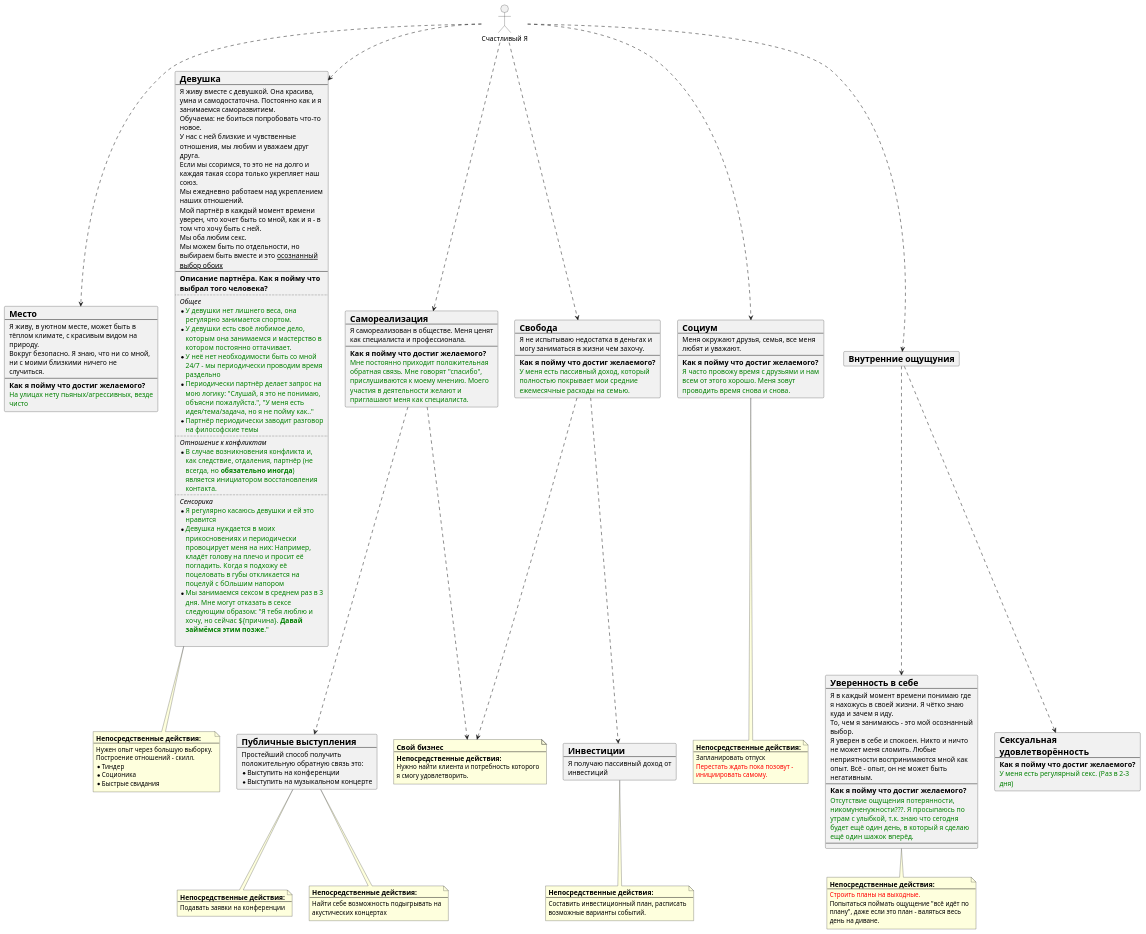
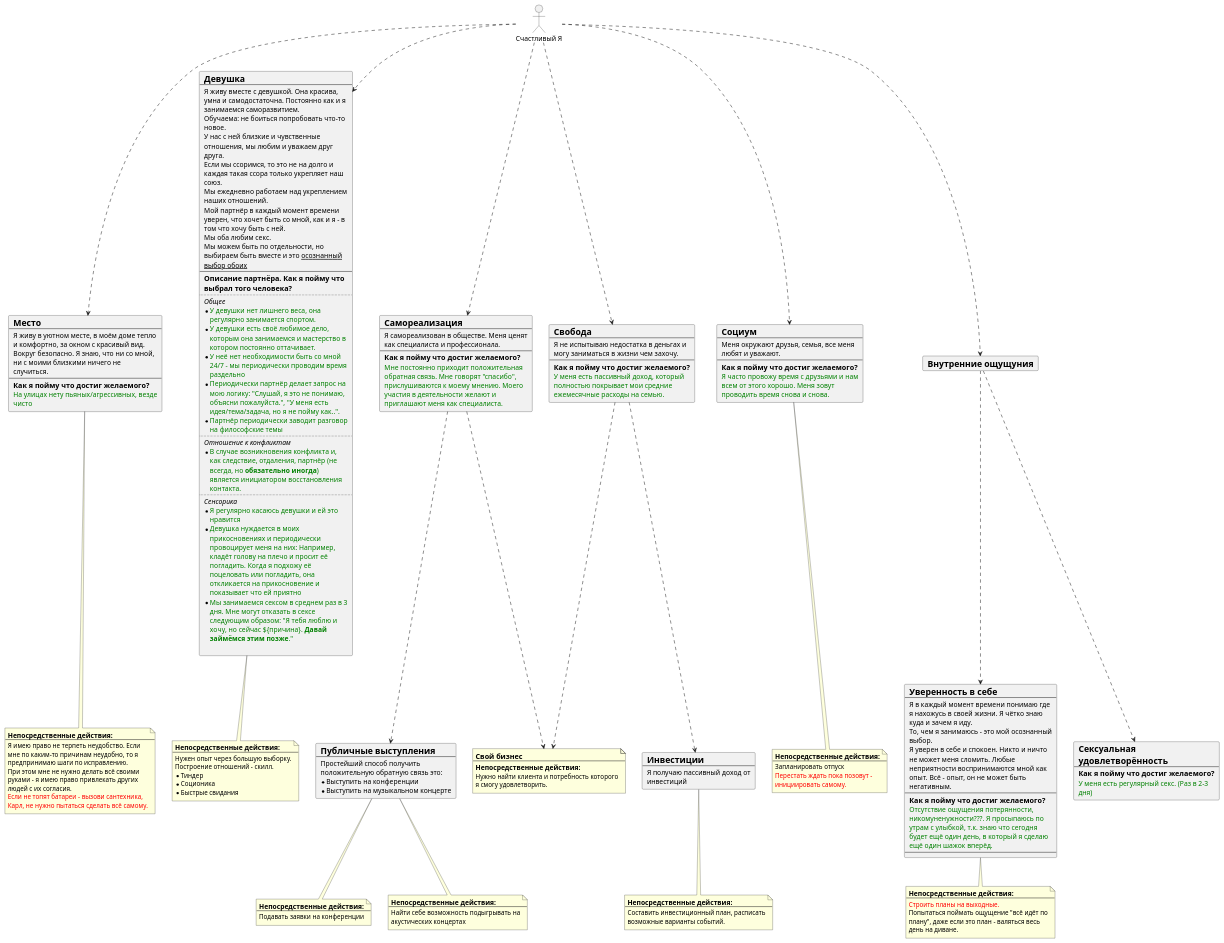
One commit to roasher/project-life changed the diagram in docs/life.puml. Above: the diagram before and after it, drawn with PlantUML. The commit also changed 1 other file, not shown here.

```diff
--- a/docs/life.puml
+++ b/docs/life.puml
@@ -1,171 +1,179 @@
 @startuml
 skinparam wrapWidth 300
 actor Happy_Me as "Счастливый Я"
 
 card Environment [
 =Место
 ----
-Я живу, в уютном месте, может быть в тёплом климате, с красивым видом на природу.
+Я живу в уютном месте, в моём доме тепло и комфортно, за окном с красивый вид.
 Вокруг безопасно. Я знаю, что ни со мной, ни с моими близкими ничего не случиться.
 ----
 ===Как я пойму что достиг желаемого?
 <color:green>На улицах нету пьяных/агрессивных, везде чисто</color>
 ]
 
 card Girlfriend [
 =Девушка
 ----
 Я живу вместе с девушкой. Она красива, умна и самодостаточна. Постоянно как и я занимаемся саморазвитием.
 Обучаема: не боиться попробовать что-то новое.
 У нас с ней близкие и чувственные отношения, мы любим и уважаем друг друга.
 Если мы ссоримся, то это не на долго и каждая такая ссора только укрепляет наш союз.
 Мы ежедневно работаем над укреплением наших отношений.
 Мой партнёр в каждый момент времени уверен, что хочет быть со мной, как и я - в том что хочу быть с ней.
 Мы оба любим секс.
 Мы можем быть по отдельности, но выбираем быть вместе и это <u>осознанный выбор обоих</u>
 ----
 ===Описание партнёра. Как я пойму что выбрал того человека?
 ....
 ====Общее
 * <color:green>У девушки нет лишнего веса, она регулярно занимается спортом.</color>
 * <color:green>У девушки есть своё любимое дело, которым она занимаемся и мастерство в котором постоянно оттачивает.</color>
 * <color:green>У неё нет необходимости быть со мной 24/7 - мы периодически проводим время раздельно</color>
-* <color:green>Периодически партнёр делает запрос на мою логику: "Слушай, я это не понимаю, объясни пожалуйста.", "У меня есть идея/тема/задача, но я не пойму как.."</color>
+* <color:green>Периодически партнёр делает запрос на мою логику: "Слушай, я это не понимаю, объясни пожалуйста.", "У меня есть идея/тема/задача, но я не пойму как..".</color>
 * <color:green>Партнёр периодически заводит разговор на философские темы</color>
 ....
 ====Отношение к конфликтам
 * <color:green>В случае возникновения конфликта и, как следствие, отдаления, партнёр (не всегда, но **обязательно иногда**) является инициатором восстановления контакта.</color>
 ....
 ====Сенсорика
 * <color:green>Я регулярно касаюсь девушки и ей это нравится</color>
-* <color:green>Девушка нуждается в моих прикосновениях и периодически провоцирует меня на них: Например, кладёт голову на плечо и просит её погладить. Когда я подхожу её поцеловать в губы откликается на поцелуй с бОльшим напором</color>
+* <color:green>Девушка нуждается в моих прикосновениях и периодически провоцирует меня на них: Например, кладёт голову на плечо и просит её погладить. Когда я подхожу её поцеловать или погладить, она откликается на прикосновение и показывает что ей приятно</color>
 * <color:green>Мы занимаемся сексом в среднем раз в 3 дня. Мне могут отказать в сексе следующим образом: "Я тебя люблю и хочу, но сейчас ${причина}. **Давай займёмся этим позже**."</color>
 
 ]
+
+note bottom of Environment
+===Непосредственные действия:
+----
+Я имею право не терпеть неудобство. Если мне по каким-то причинам неудобно, то я предпринимаю шаги по исправлению.
+При этом мне не нужно делать всё своими руками - я имею право привлекать других людей с их согласия.
+<color:red>Если не топят батареи - вызови сантехника, Карл, не нужно пытаться сделать всё самому.</color>
+end note
 
 note bottom of Girlfriend
 ===Непосредственные действия:
 ----
 Нужен опыт через большую выборку. Построение отношений - скилл.
 * Тиндер
 * Соционика
 * Быстрые свидания
 end note
 
 card SelfRealisation [
 =Самореализация
 ----
 Я самореализован в обществе. Меня ценят как специалиста и профессионала.
 ----
 ===Как я пойму что достиг желаемого?
 <color:green>Мне постоянно приходит положительная обратная связь. Мне говорят "спасибо", прислушиваются к моему мнению. Моего участия в деятельности желают и приглашают меня как специалиста.</color>
 ]
 
 card PublicSpeaking [
 =Публичные выступления
 ----
 Простейший способ получить положительную обратную связь это:
 * Выступить на конференции
 * Выступить на музыкальном концерте
 ]
 
 note bottom of PublicSpeaking
 ===Непосредственные действия:
 ----
 Подавать заявки на конференции
 end note
 
 note bottom of PublicSpeaking
 ===Непосредственные действия:
 ----
 Найти себе возможность подыгрывать на акустических концертах
 end note
 
 card Freedom [
 =Свобода
 ----
 Я не испытываю недостатка в деньгах и могу заниматься в жизни чем захочу.
 ----
 ===Как я пойму что достиг желаемого?
 <color:green>У меня есть пассивный доход, который полностью покрывает мои средние ежемесячные расходы на семью.</color>
 ]
 
 card Social [
 =Социум
 ----
 Меня окружают друзья, семья, все меня любят и уважают.
 ----
 ===Как я пойму что достиг желаемого?
 <color:green>Я часто провожу время с друзьями и нам всем от этого хорошо. Меня зовут проводить время снова и снова.</color>
 ]
 
 note bottom of Social
 ===Непосредственные действия:
 ----
 Запланировать отпуск
 <color:red>Перестать ждать пока позовут - инициировать самому.</color>
 end note
 
 card Investing [
 =Инвестиции
 ----
 Я получаю пассивный доход от инвестиций
 ]
 
 note bottom of Investing
 ===Непосредственные действия:
 ----
 Составить инвестиционный план, расписать возможные варианты событий.
 end note
 
 note as Business
 ==Свой бизнес
 ---
 ===Непосредственные действия:
 Нужно найти клиента и потребность которого я смогу удовлетворить.
 end note
 
 card InnerFeelings [
 =Внутренние ощущуния
 ]
 
 card SelfConfidence [
 =Уверенность в себе
 ----
 Я в каждый момент времени понимаю где я нахожусь в своей жизни. Я чётко знаю куда и зачем я иду.
 То, чем я занимаюсь - это мой осознанный выбор.
 Я уверен в себе и спокоен. Никто и ничто не может меня сломить. Любые неприятности воспринимаются мной как опыт. Всё - опыт, он не может быть негативным.
 ----
 ===Как я пойму что достиг желаемого?
 <color:green>Отсутствие ощущения потерянности, никомуненужности???. Я просыпаюсь по утрам с улыбкой, т.к. знаю что сегодня будет ещё один день, в который я сделаю ещё один шажок вперёд.</color>
 ----
 ]
 
 note bottom
 ===Непосредственные действия:
 ----
 <color:red>Строить планы на выходные.</color>
 Попытаться поймать ощущение "всё идёт по плану", даже если это план - валяться весь день на диване.
 end note
 
 card Sex [
 =Сексуальная удовлетворённость
 ----
 ===Как я пойму что достиг желаемого?
 <color:green>У меня есть регулярный секс. (Раз в 2-3 дня)</color>
 ]
 
 Happy_Me .-> Environment
 Happy_Me .-> Girlfriend
 Happy_Me .-> SelfRealisation
 Happy_Me .-> Social
 Happy_Me .-> Freedom
 Freedom .-> Investing
 Freedom .-> Business
 SelfRealisation .-> Business
 SelfRealisation .-> PublicSpeaking
 Happy_Me .-> InnerFeelings
 InnerFeelings .-> SelfConfidence
 InnerFeelings .-> Sex
 
 @enduml
```
